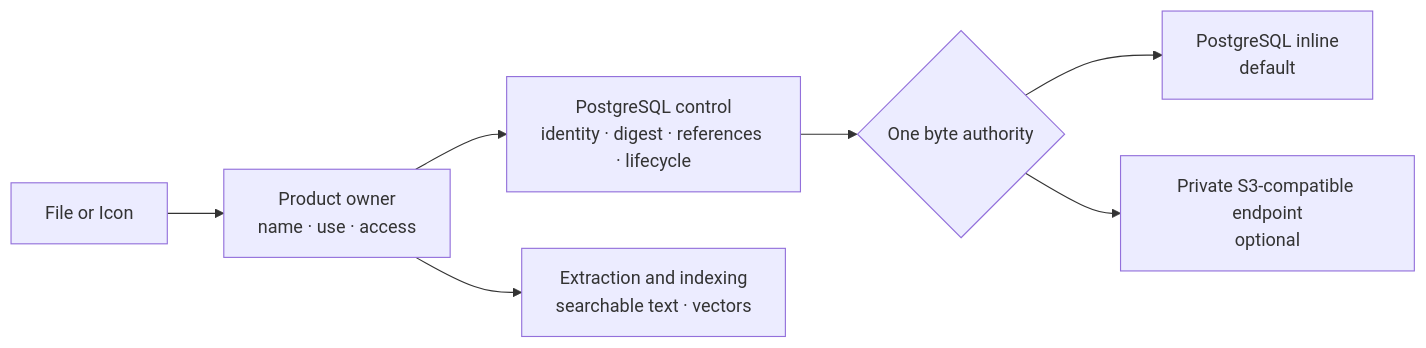
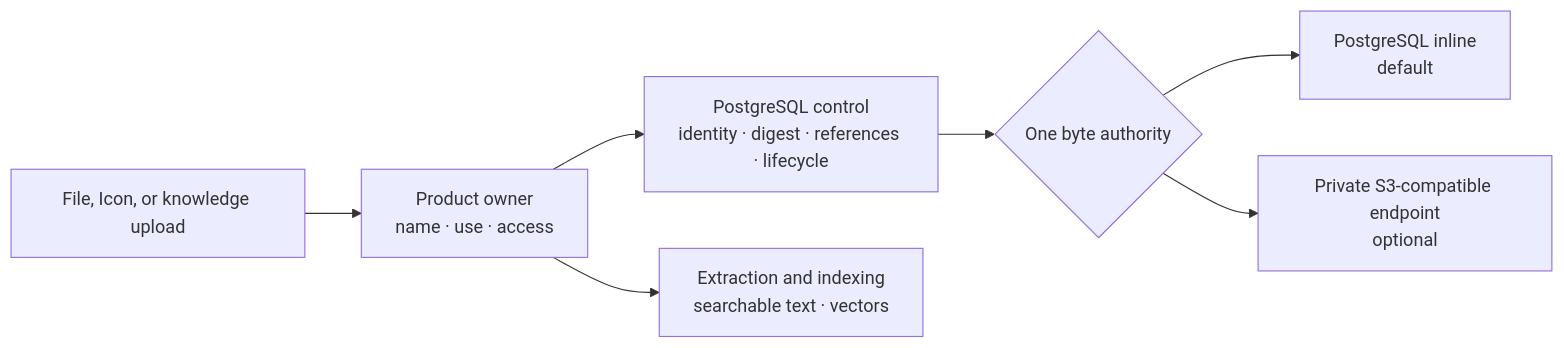
One commit to eneo-ai/eneo changed the first of 2 diagrams in frontend/apps/docs-site/src/content/guides/object-content-storage.mdx. Above: the diagram before and after it, drawn with Mermaid. The commit also changed other lines of this file and 55 other files, not shown here.

Commit message:
feat: preserve knowledge upload originals

````diff
--- a/frontend/apps/docs-site/src/content/guides/object-content-storage.mdx
+++ b/frontend/apps/docs-site/src/content/guides/object-content-storage.mdx
@@ -35,9 +35,9 @@
 ```mermaid
 flowchart LR
-  upload["File or Icon"] --> owner["Product owner\nname · use · access"]
+  upload["File, Icon, or knowledge upload"] --> owner["Product owner\nname · use · access"]
   owner --> control["PostgreSQL control\nidentity · digest · references · lifecycle"]
   control --> bytes{"One byte authority"}
   bytes --> inline["PostgreSQL inline\ndefault"]
   bytes --> remote["Private S3-compatible endpoint\noptional"]
   owner --> knowledge["Extraction and indexing\nsearchable text · vectors"]
 ```
````
